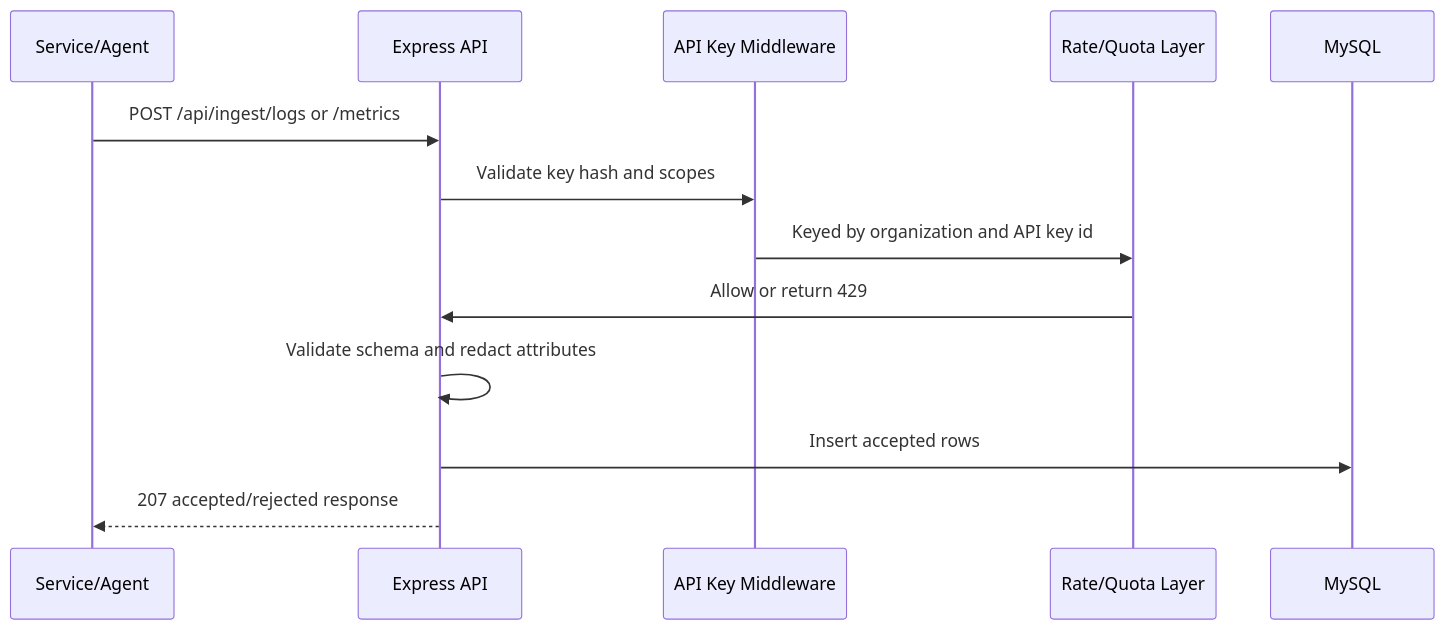
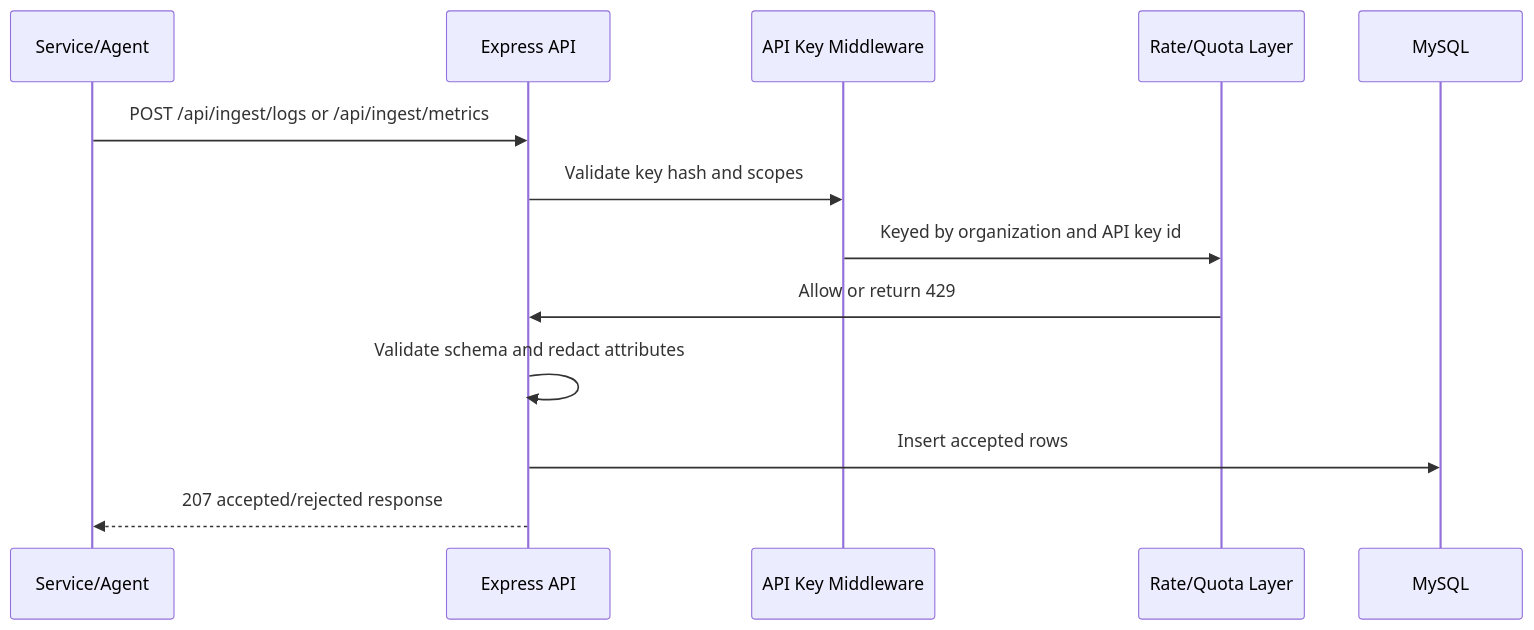
One commit to Sidroid08/system-monitor-main changed the third of 5 diagrams in docs/ARCHITECTURE.md. Above: the diagram before and after it, drawn with Mermaid. The commit also changed 8 other files, not shown here.

````diff
--- a/docs/ARCHITECTURE.md
+++ b/docs/ARCHITECTURE.md
@@ -127,16 +127,16 @@
 ```mermaid
 sequenceDiagram
   participant Client as Service/Agent
   participant API as Express API
   participant Key as API Key Middleware
   participant Limit as Rate/Quota Layer
   participant DB as MySQL
 
-  Client->>API: POST /api/ingest/logs or /metrics
+  Client->>API: POST /api/ingest/logs or /api/ingest/metrics
   API->>Key: Validate key hash and scopes
   Key->>Limit: Keyed by organization and API key id
   Limit->>API: Allow or return 429
   API->>API: Validate schema and redact attributes
   API->>DB: Insert accepted rows
   API-->>Client: 207 accepted/rejected response
 ```
````
